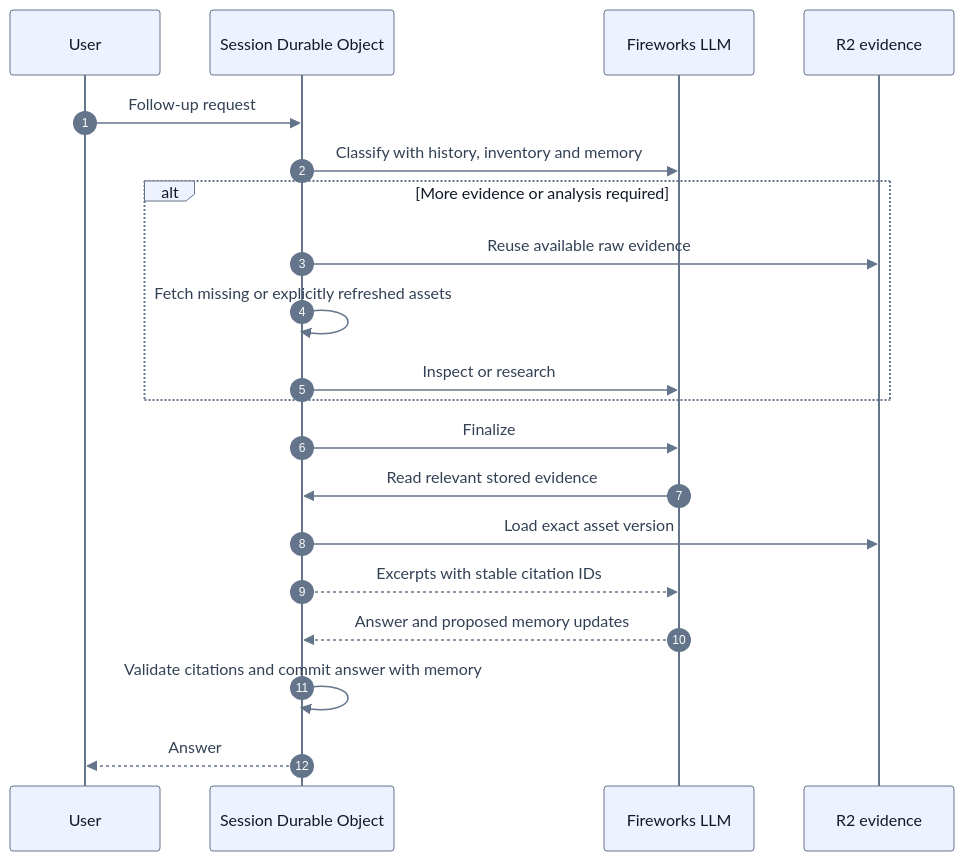
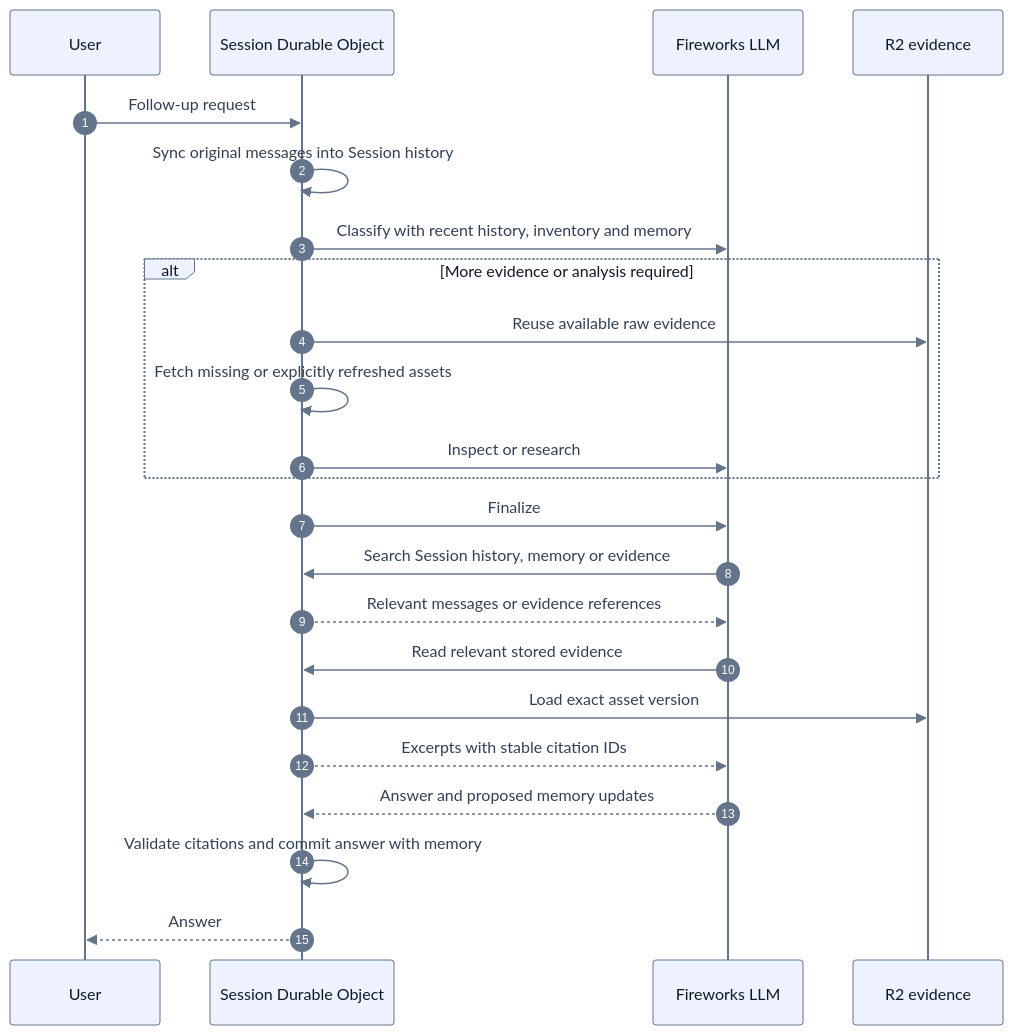
Before and after one commit to devhims/video2ctx: the diagram in reference/engineering/SESSION_EVIDENCE.md, drawn with Mermaid. The commit also changed other lines of this file and 8 other files, not shown here.

Commit message:
feat: add searchable session history and evidence

````diff
--- a/reference/engineering/SESSION_EVIDENCE.md
+++ b/reference/engineering/SESSION_EVIDENCE.md
@@ -13,23 +13,26 @@
 ```mermaid
 %%{init: {'theme':'base','themeVariables':{'primaryColor':'#eef2ff','primaryTextColor':'#111827','primaryBorderColor':'#64748b','actorBkg':'#eef2ff','actorTextColor':'#111827','signalColor':'#64748b','signalTextColor':'#334155','labelBoxBkgColor':'#eef2ff','labelTextColor':'#111827','sequenceNumberColor':'#ffffff'}}}%%
 sequenceDiagram
     autonumber
     participant User
     participant App as Session Durable Object
     participant Model as Fireworks LLM
     participant Store as R2 evidence
     User->>App: Follow-up request
-    App->>Model: Classify with history, inventory and memory
+    App->>App: Sync original messages into Session history
+    App->>Model: Classify with recent history, inventory and memory
     alt More evidence or analysis required
         App->>Store: Reuse available raw evidence
         App->>App: Fetch missing or explicitly refreshed assets
         App->>Model: Inspect or research
     end
     App->>Model: Finalize
+    Model->>App: Search Session history, memory or evidence
+    App-->>Model: Relevant messages or evidence references
     Model->>App: Read relevant stored evidence
     App->>Store: Load exact asset version
     App-->>Model: Excerpts with stable citation IDs
     Model-->>App: Answer and proposed memory updates
     App->>App: Validate citations and commit answer with memory
     App-->>User: Answer
 ```
````
